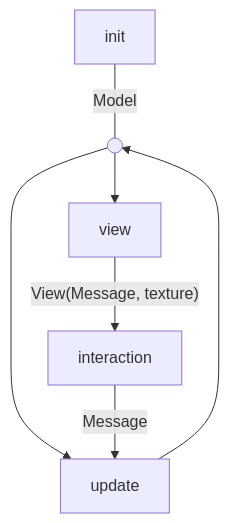
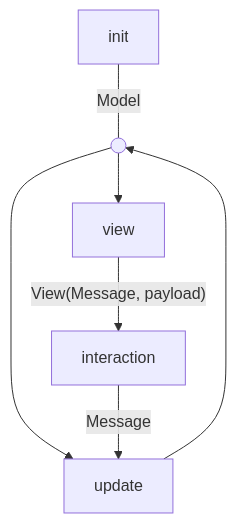
Before and after one commit to obust/terrocotta: the diagram in docs/architecture.md, drawn with Mermaid. The commit also changed other lines of this file and 19 other files, not shown here.

````diff
--- a/docs/architecture.md
+++ b/docs/architecture.md
@@ -16,15 +16,15 @@
 ```mermaid
 graph TD
     ModelState(( ))
 
     init ---|Model| ModelState
 
     ModelState --> view
     ModelState --> update
 
-    view -->|"View(Message, texture)"| interaction
+    view -->|"View(Message, payload)"| interaction
 
     interaction -->|Message| update
 
     update --> ModelState
 ```
````
